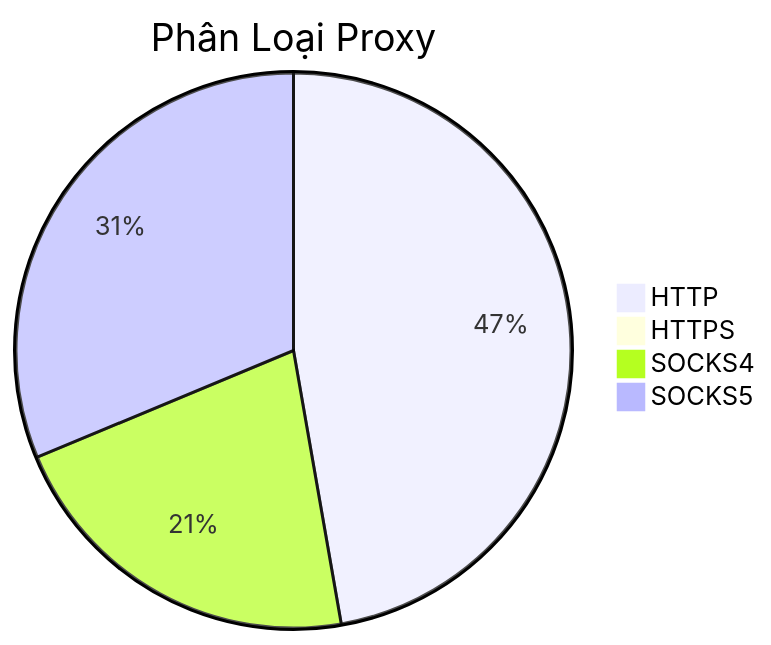
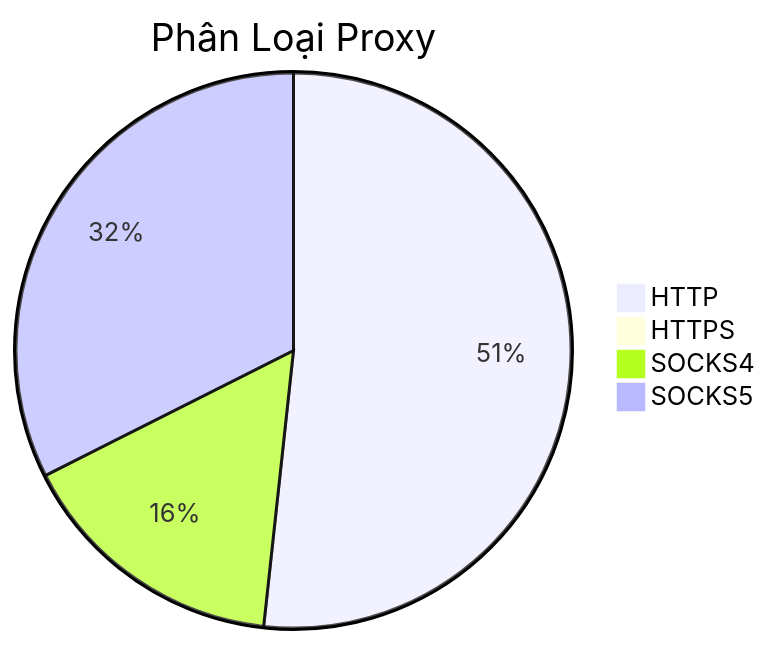
One commit to Ciara-Aa/PROXY-free changed the diagram in README.md. Above: the diagram before and after it, drawn with Mermaid. The commit also changed other lines of this file and 4 other files, not shown here.

````diff
--- a/README.md
+++ b/README.md
@@ -26,7 +26,7 @@
 ```mermaid
 pie title Phân Loại Proxy
-    "HTTP" : 352
-    "HTTPS" : 6
-    "SOCKS4" : 160
-    "SOCKS5" : 233
+    "HTTP" : 362
+    "HTTPS" : 5
+    "SOCKS4" : 111
+    "SOCKS5" : 227
 ```
````
